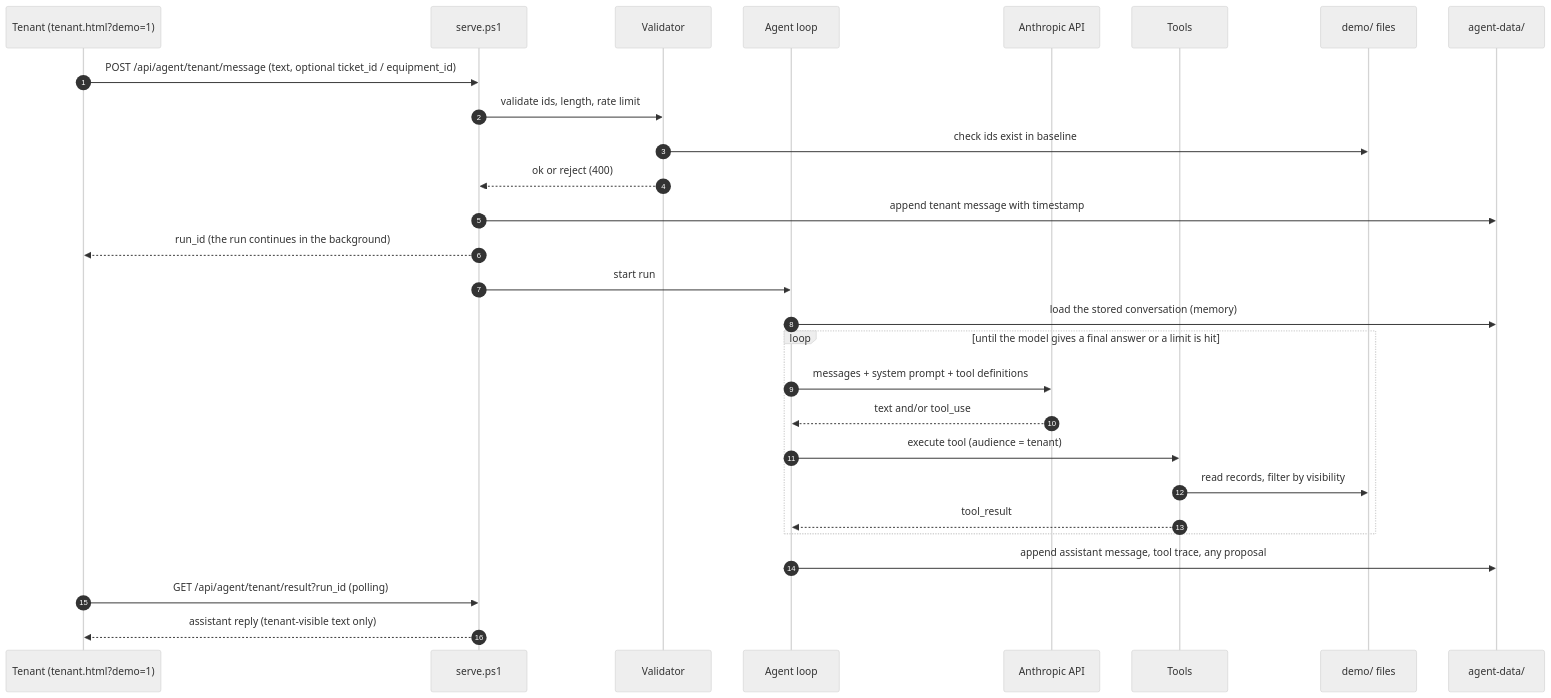
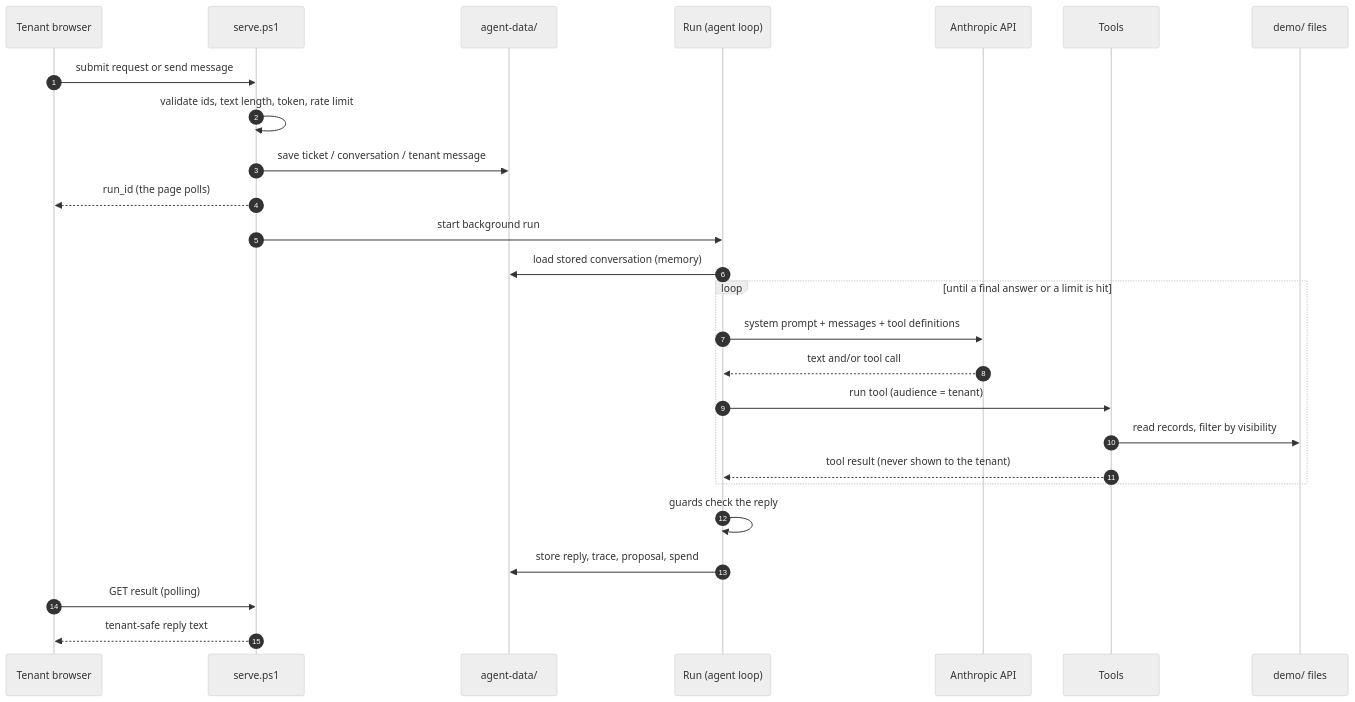
One commit to stavdayan-netizen/Dashboard-Practice changed the second of 6 diagrams in Architecture.md. Above: the diagram before and after it, drawn with Mermaid (neutral theme). The commit also changed other lines of this file and 5 other files, not shown here.

Commit message:
Docs: course submission - rewrite agent design in SPEC.md, add information-flow diagram, trigger and output to Architecture.md, bonus statement in README; rename SPEC.MD to SPEC.md

````diff
--- a/Architecture.md
+++ b/Architecture.md
@@ -68,31 +97,29 @@
 ```mermaid
 sequenceDiagram
   autonumber
-  participant Tn as Tenant (tenant.html?demo=1)
+  participant Tn as Tenant browser
   participant S as serve.ps1
-  participant V as Validator
-  participant A as Agent loop
+  participant F as agent-data/
+  participant R as Run (agent loop)
   participant M as Anthropic API
   participant X as Tools
   participant D as demo/ files
-  participant F as agent-data/
 
-  Tn->>S: POST /api/agent/tenant/message (text, optional ticket_id / equipment_id)
-  S->>V: validate ids, length, rate limit
-  V->>D: check ids exist in baseline
-  V-->>S: ok or reject (400)
-  S->>F: append tenant message with timestamp
-  S-->>Tn: run_id (the run continues in the background)
-  S->>A: start run
-  A->>F: load the stored conversation (memory)
-  loop until the model gives a final answer or a limit is hit
-    A->>M: messages + system prompt + tool definitions
-    M-->>A: text and/or tool_use
-    A->>X: execute tool (audience = tenant)
+  Tn->>S: submit request or send message
+  S->>S: validate ids, text length, token, rate limit
+  S->>F: save ticket / conversation / tenant message
+  S-->>Tn: run_id (the page polls)
+  S->>R: start background run
+  R->>F: load stored conversation (memory)
+  loop until a final answer or a limit is hit
+    R->>M: system prompt + messages + tool definitions
+    M-->>R: text and/or tool call
+    R->>X: run tool (audience = tenant)
     X->>D: read records, filter by visibility
-    X-->>A: tool_result
+    X-->>R: tool result (never shown to the tenant)
   end
-  A->>F: append assistant message, tool trace, any proposal
-  Tn->>S: GET /api/agent/tenant/result?run_id (polling)
-  S-->>Tn: assistant reply (tenant-visible text only)
+  R->>R: guards check the reply
+  R->>F: store reply, trace, proposal, spend
+  Tn->>S: GET result (polling)
+  S-->>Tn: tenant-safe reply text
 ```
````
